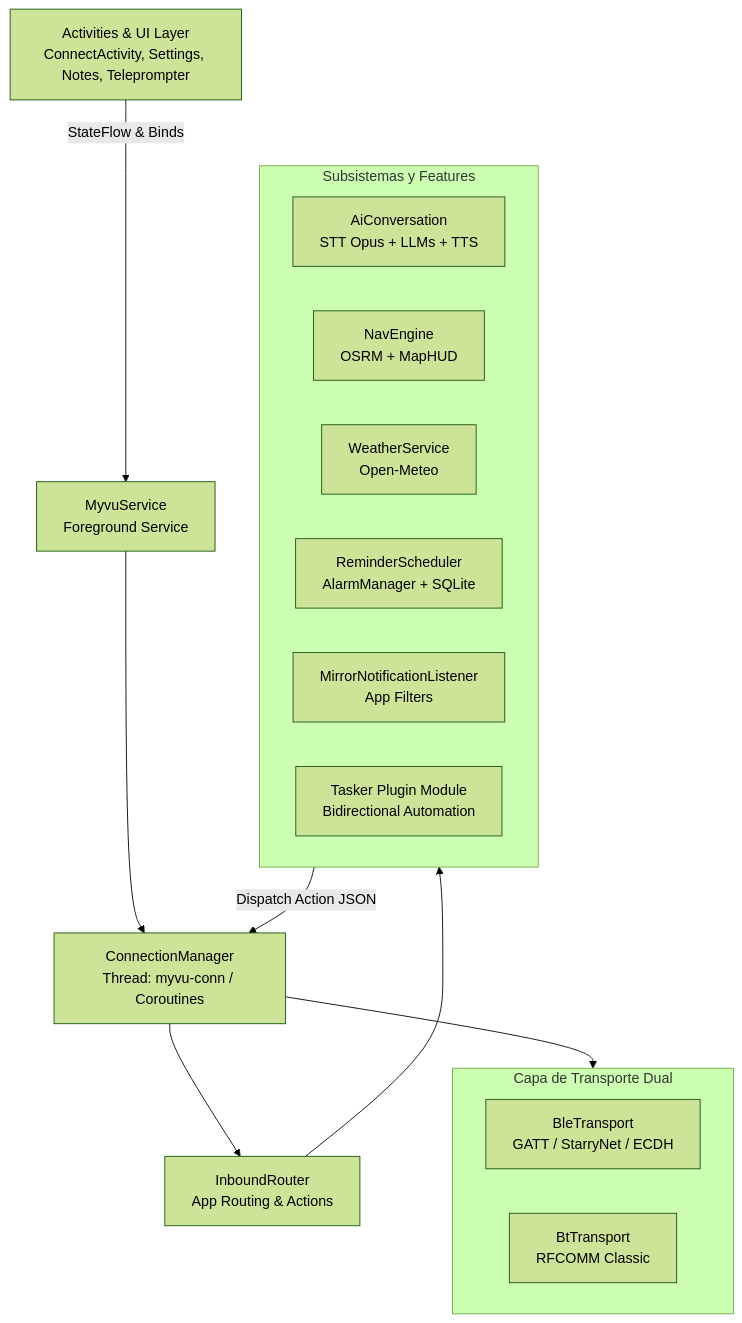
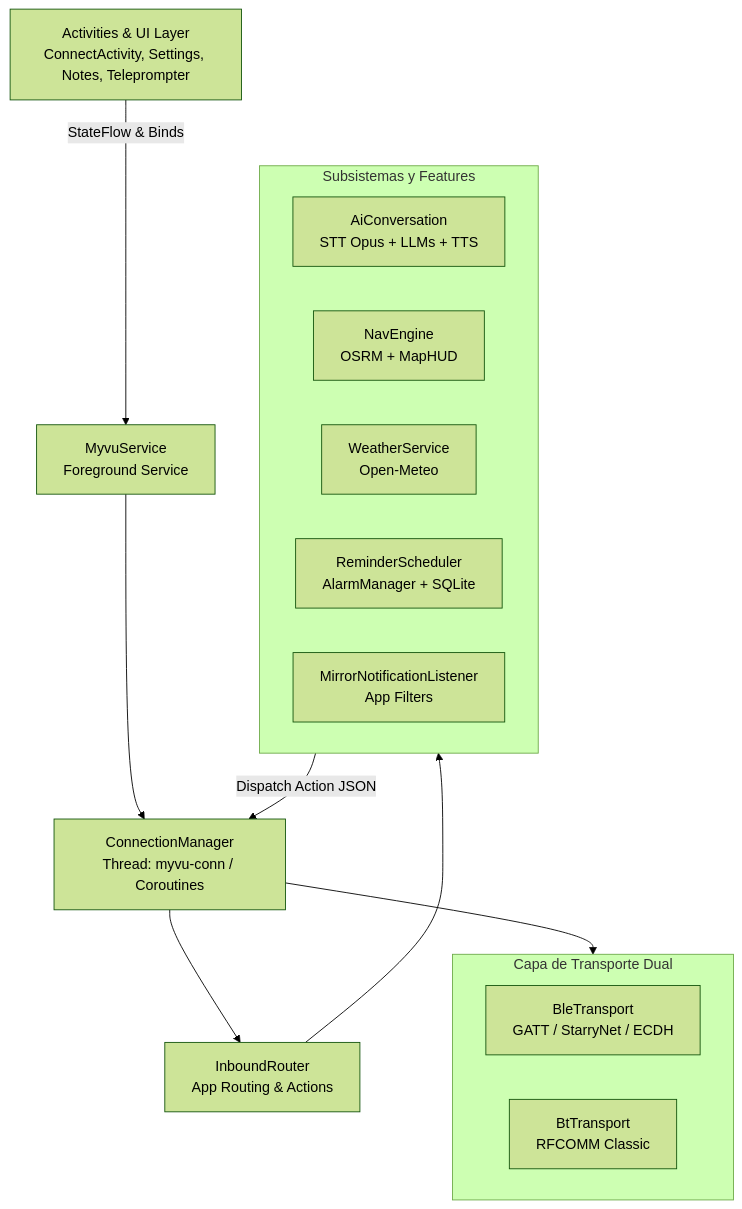
One commit to ralamgstromg/Meizu-Myvu-Client changed the first of 2 diagrams in android-kotlin/README.md. Above: the diagram before and after it, drawn with Mermaid (forest theme). The commit also changed other lines of this file and 29 other files, not shown here.

Commit message:
refactor: remove all Tasker plugin integration and related assets

````diff
--- a/android-kotlin/README.md
+++ b/android-kotlin/README.md
@@ -9,25 +9,24 @@
 ```mermaid
 graph TD
     UI[Activities & UI Layer\nConnectActivity, Settings, Notes, Teleprompter] -->|StateFlow & Binds| Svc[MyvuService\nForeground Service]
     Svc --> CM[ConnectionManager\nThread: myvu-conn / Coroutines]
     
     subgraph Transports [Capa de Transporte Dual]
         BLE[BleTransport\nGATT / StarryNet / ECDH]
         BT[BtTransport\nRFCOMM Classic]
     end
     
     CM --> Transports
     CM --> InRouter[InboundRouter\nApp Routing & Actions]
     
     subgraph Subsystems [Subsistemas y Features]
         AI[AiConversation\nSTT Opus + LLMs + TTS]
         Nav[NavEngine\nOSRM + MapHUD]
         Weather[WeatherService\nOpen-Meteo]
         Reminders[ReminderScheduler\nAlarmManager + SQLite]
         Notifs[MirrorNotificationListener\nApp Filters]
-        Tasker[Tasker Plugin Module\nBidirectional Automation]
     end
     
     InRouter --> Subsystems
     Subsystems -->|Dispatch Action JSON| CM
 ```
````
